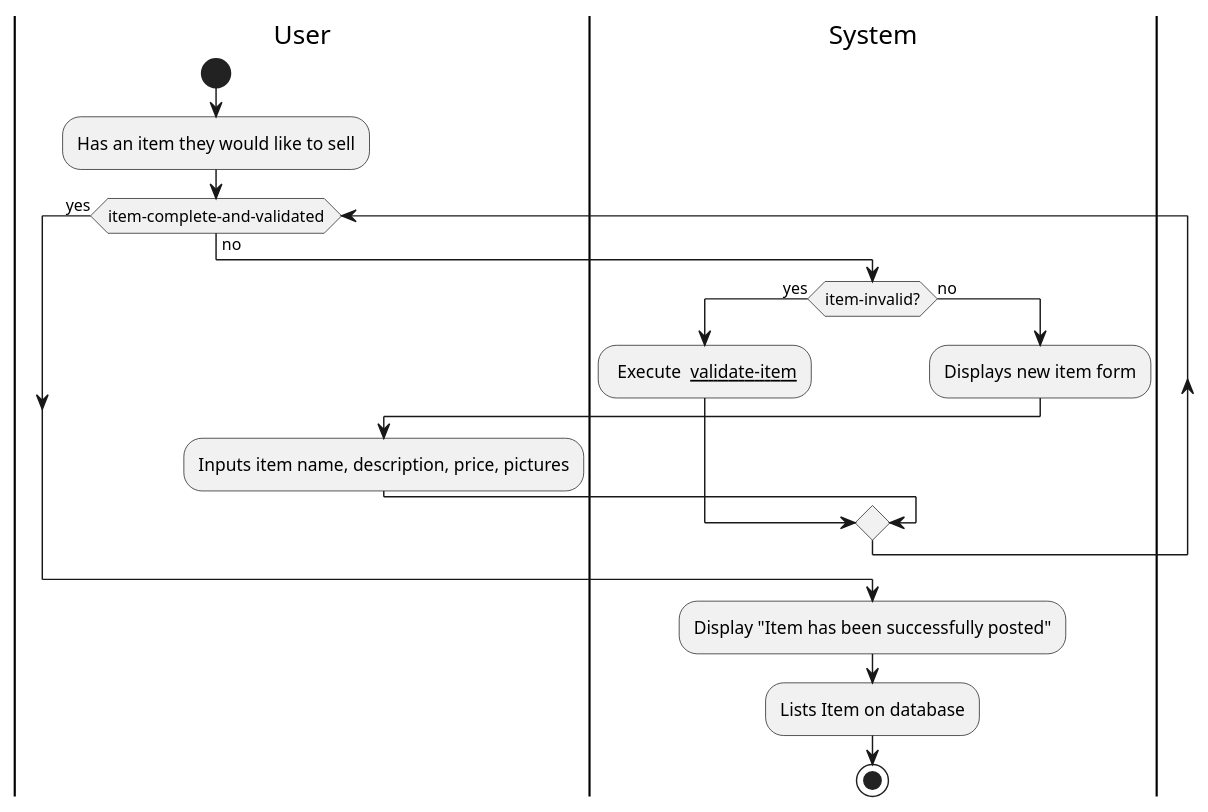
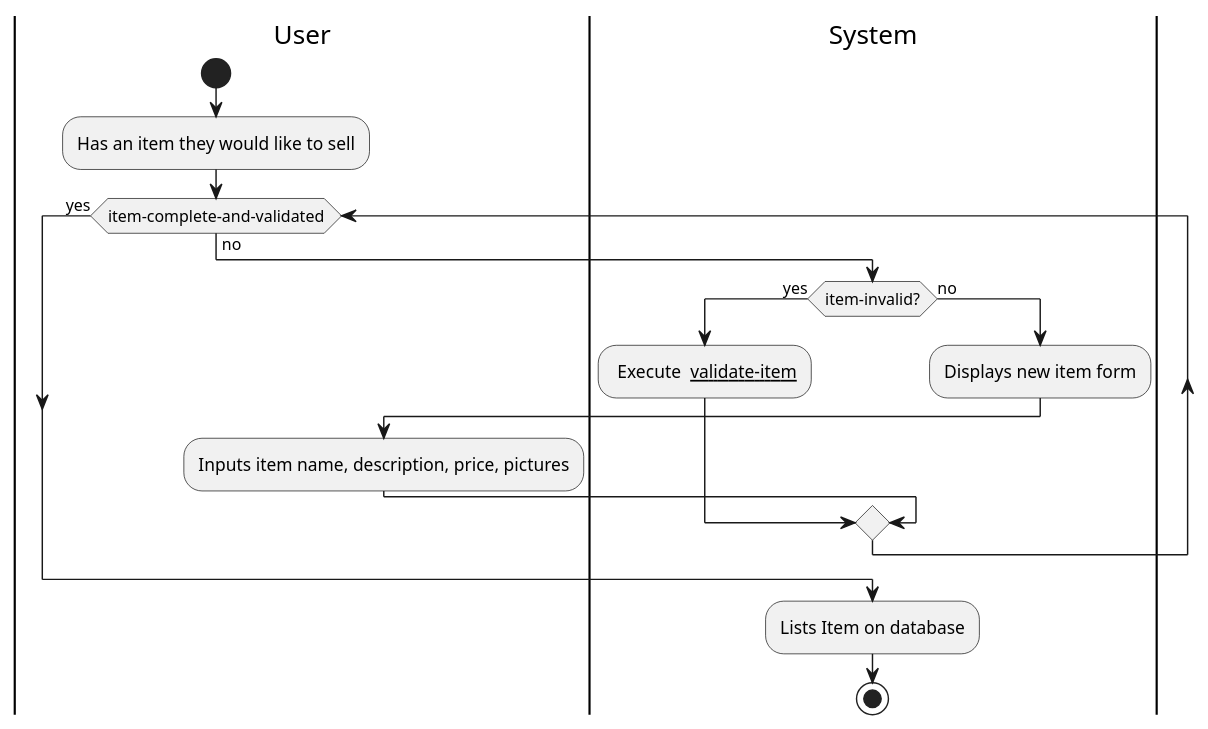
One commit to remyben-creator/Marketplace-Application changed the diagram in IntelliJ/Doc/use-cases/add-item.md. Above: the diagram before and after it, drawn with PlantUML. The commit also changed 15 other files, not shown here.

````diff
--- a/IntelliJ/Doc/use-cases/add-item.md
+++ b/IntelliJ/Doc/use-cases/add-item.md
@@ -15,21 +15,20 @@
 ```plantuml
 
 |User|
 start
 :Has an item they would like to sell;
 while (item-complete-and-validated) is (no)
 |System|
 if (item-invalid?) then (yes) 
 : Execute __ validate-item__;
 else (no)
 :Displays new item form;
 |User|
 :Inputs item name, description, price, pictures;
 endif
 endwhile (yes) 
 |System|
-:Display "Item has been successfully posted";
 :Lists Item on database;
 stop
 @enduml
 ```
````
